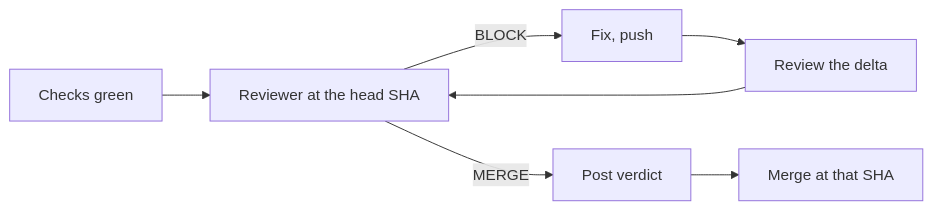
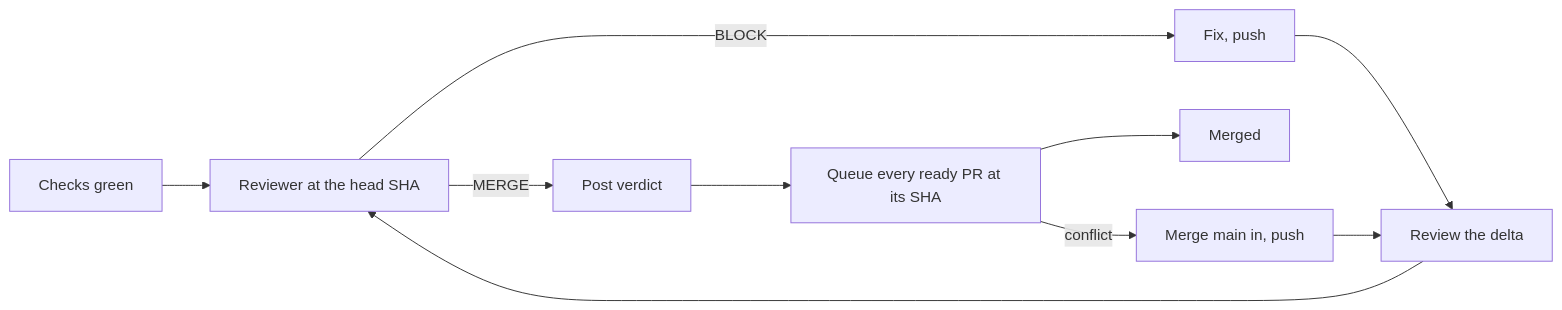
Before and after one commit to Colorado-Startups/claudius: the diagram in plugin/skills/merge/SKILL.md, drawn with Mermaid. The commit also changed other lines of this file and 1 other file, not shown here.

First line of the commit message:
Merge skill: queue every reviewed PR at its SHA through a merge queue

````diff
--- a/plugin/skills/merge/SKILL.md
+++ b/plugin/skills/merge/SKILL.md
@@ -15,5 +15,6 @@
 ```mermaid
 flowchart LR
   C[Checks green] --> R[Reviewer at the head SHA] -->|BLOCK| F[Fix, push] --> D[Review the delta] --> R
-  R -->|MERGE| V[Post verdict] --> M[Merge at that SHA]
+  R -->|MERGE| V[Post verdict] --> Q[Queue every ready PR at its SHA] --> M[Merged]
+  Q -->|conflict| U[Merge main in, push] --> D
 ```
````
